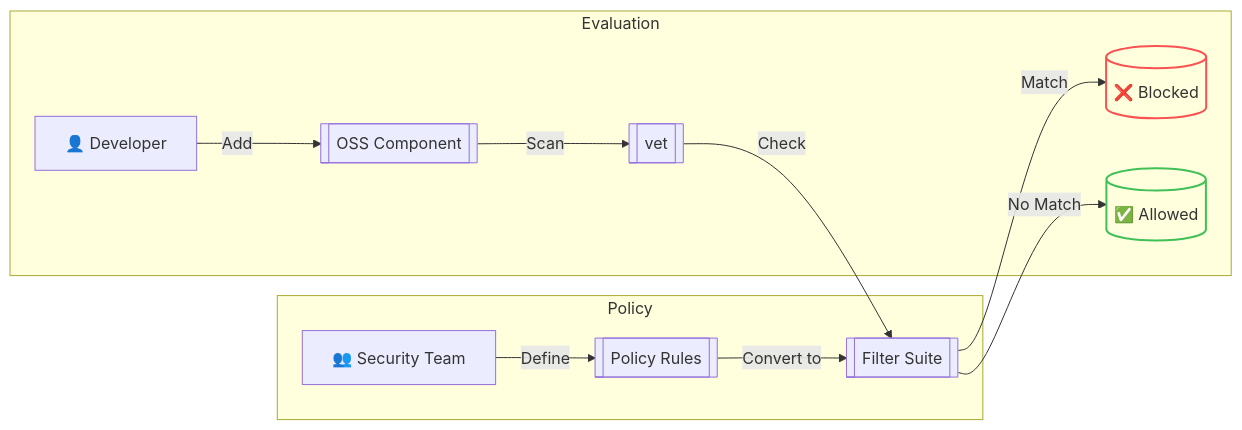
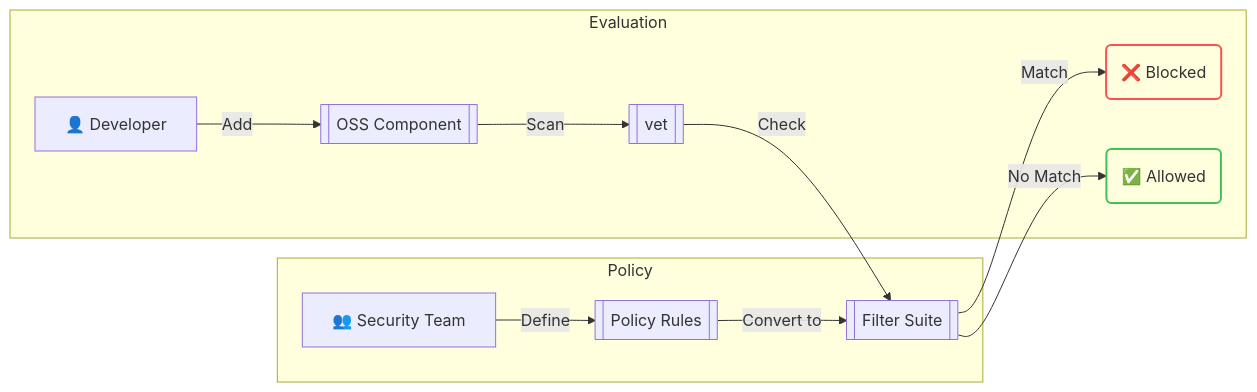
Before and after one commit to safedep/docs.safedep.io: the diagram in docs/advanced/policy-as-code.md, drawn with Mermaid. The commit also changed 1 other file, not shown here.

Commit message:
change shapes

````diff
--- a/docs/advanced/policy-as-code.md
+++ b/docs/advanced/policy-as-code.md
@@ -25,21 +25,21 @@
 ```mermaid
 flowchart LR
     subgraph "Policy"
         A["👥 Security Team"] -->|Define| B[["Policy Rules"]]
         B -->|Convert to| C[["Filter Suite"]]
     end
 
     subgraph "Evaluation"
         D["👤 Developer"] -->|Add| E[["OSS Component"]]
         E -->|Scan| F[["vet"]]
         F -->|Check| C
-        C -->|Match| G[("❌ Blocked")]
-        C -->|No Match| H[("✅ Allowed")]
+        C -->|Match| G("❌ Blocked")
+        C -->|No Match| H("✅ Allowed")
     end
 
     %% Theme-aware styling
     style G fill:transparent,stroke:#fa5252,stroke-width:2px
     style H fill:transparent,stroke:#40c057,stroke-width:2px
 
 
 ```
````
